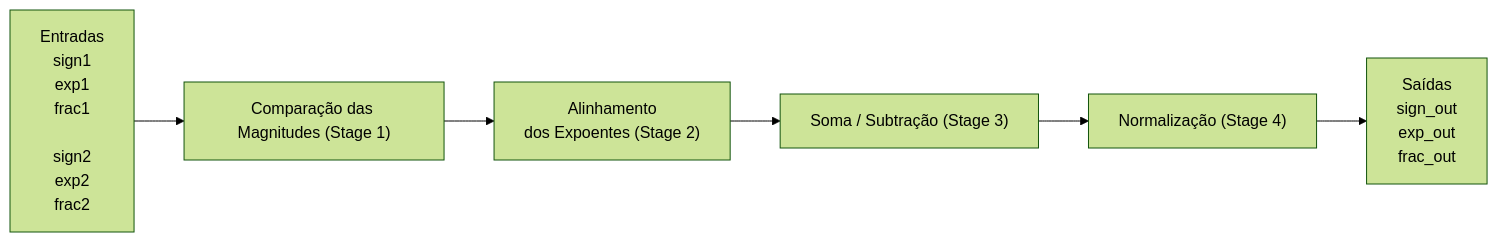
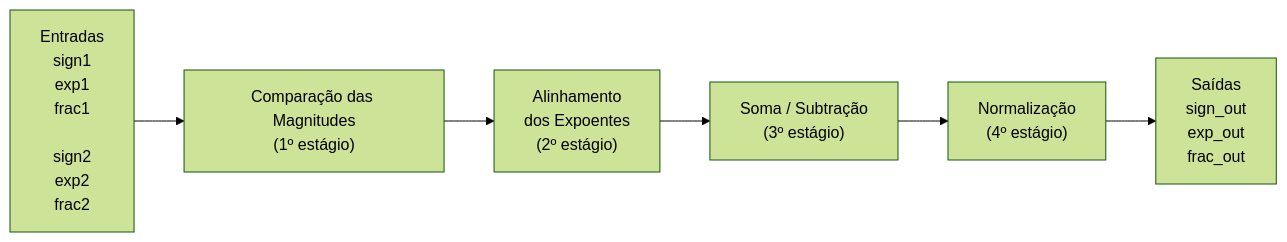
The first of 2 diagrams in README.md (gabrilles27/projeto-final-sistemas-digitais), drawn with Mermaid (forest theme) before and after one commit. The commit also changed other lines of this file and 36 other files, not shown here.

````diff
--- a/README.md
+++ b/README.md
@@ -38,32 +49,36 @@
 ```mermaid
 flowchart LR
 
 A["Entradas
 sign1
 exp1
 frac1
 
 sign2
 exp2
 frac2"]
 
-B["Comparação das Magnitudes (Stage 1)"]
+B["Comparação das Magnitudes
+(1º estágio)"]
 
 C["Alinhamento
-dos Expoentes (Stage 2)"]
+dos Expoentes
+(2º estágio)"]
 
-D["Soma / Subtração (Stage 3)"]
+D["Soma / Subtração
+(3º estágio)"]
 
-E["Normalização (Stage 4)"]
+E["Normalização
+(4º estágio)"]
 
 F["Saídas
 sign_out
 exp_out
 frac_out"]
 
 A --> B
 B --> C
 C --> D
 D --> E
 E --> F
 ```
````
